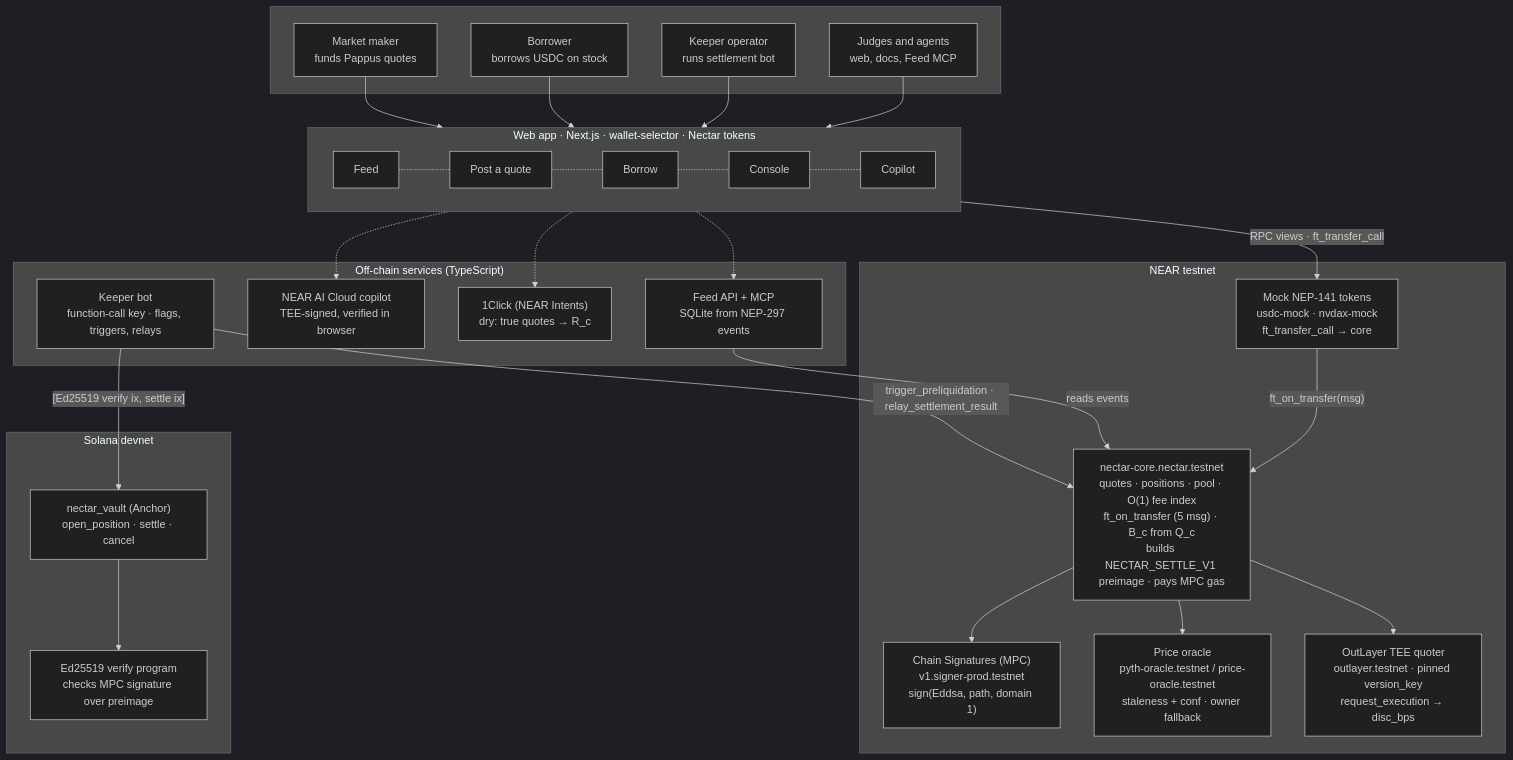
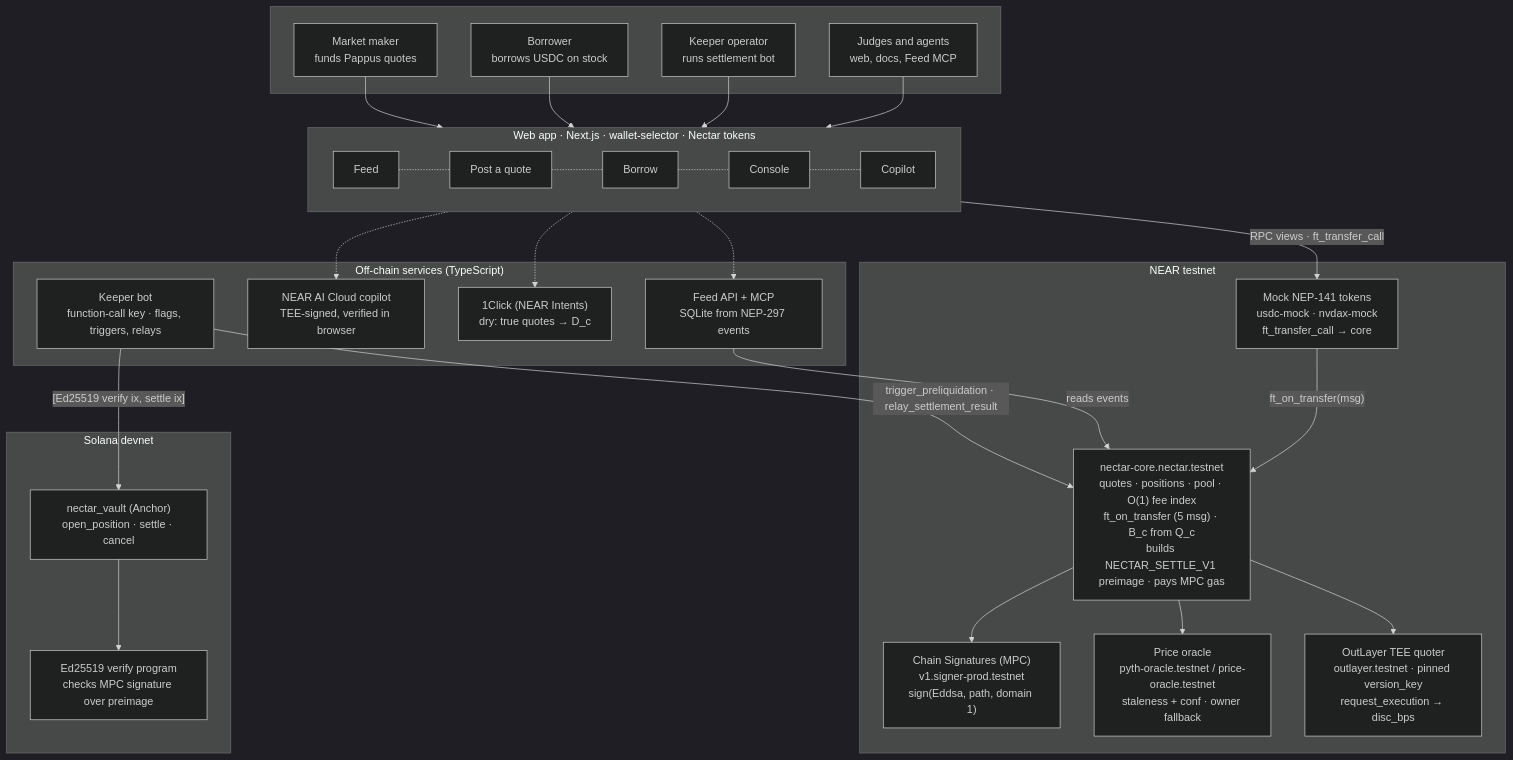
Before and after one commit to NectarLabsio/nectar-labs: the diagram in docs/img/architecture.mmd, drawn with Mermaid (dark theme). The commit also changed 6 other files, not shown here.

Commit message:
docs: WO-4b — strip event wording from rendered pages, D_c label in architecture figure, Feed REST from openapi.yaml

```diff
--- a/docs/img/architecture.mmd
+++ b/docs/img/architecture.mmd
@@ -1,38 +1,38 @@
 flowchart TB
   subgraph people[" "]
     MM[Market maker<br/>funds Pappus quotes]
     BR[Borrower<br/>borrows USDC on stock]
     KO[Keeper operator<br/>runs settlement bot]
     JA[Judges and agents<br/>web, docs, Feed MCP]
   end
   subgraph web["Web app · Next.js · wallet-selector · Nectar tokens"]
     FEED[Feed] -.- PQ[Post a quote] -.- BO[Borrow] -.- CO[Console] -.- CP[Copilot]
   end
   subgraph near["NEAR testnet"]
     CORE["nectar-core.nectar.testnet<br/>quotes · positions · pool · O(1) fee index<br/>ft_on_transfer (5 msg) · B_c from Q_c<br/>builds NECTAR_SETTLE_V1 preimage · pays MPC gas"]
     OL["OutLayer TEE quoter<br/>outlayer.testnet · pinned version_key<br/>request_execution → disc_bps"]
     OR["Price oracle<br/>pyth-oracle.testnet / price-oracle.testnet<br/>staleness + conf · owner fallback"]
     CS["Chain Signatures (MPC)<br/>v1.signer-prod.testnet<br/>sign(Eddsa, path, domain 1)"]
     MK["Mock NEP-141 tokens<br/>usdc-mock · nvdax-mock<br/>ft_transfer_call → core"]
   end
   subgraph off["Off-chain services (TypeScript)"]
     KB["Keeper bot<br/>function-call key · flags, triggers, relays"]
     FA["Feed API + MCP<br/>SQLite from NEP-297 events"]
-    OC["1Click (NEAR Intents)<br/>dry: true quotes → R_c"]
+    OC["1Click (NEAR Intents)<br/>dry: true quotes → D_c"]
     AI["NEAR AI Cloud copilot<br/>TEE-signed, verified in browser"]
   end
   subgraph sol["Solana devnet"]
     VA["nectar_vault (Anchor)<br/>open_position · settle · cancel"]
     ED["Ed25519 verify program<br/>checks MPC signature over preimage"]
   end
   MM & BR & KO & JA --> web
   web -- "RPC views · ft_transfer_call" --> MK
   MK -- "ft_on_transfer(msg)" --> CORE
   CORE --> OL
   CORE --> OR
   CORE --> CS
   KB -- "trigger_preliquidation · relay_settlement_result" --> CORE
   FA -- "reads events" --> CORE
   web -.-> FA & OC & AI
   KB -- "[Ed25519 verify ix, settle ix]" --> VA
   VA --> ED
```
